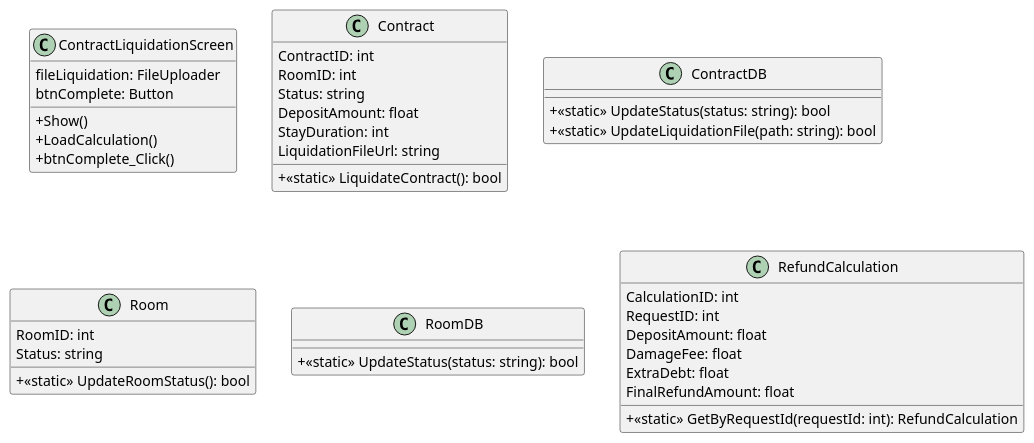
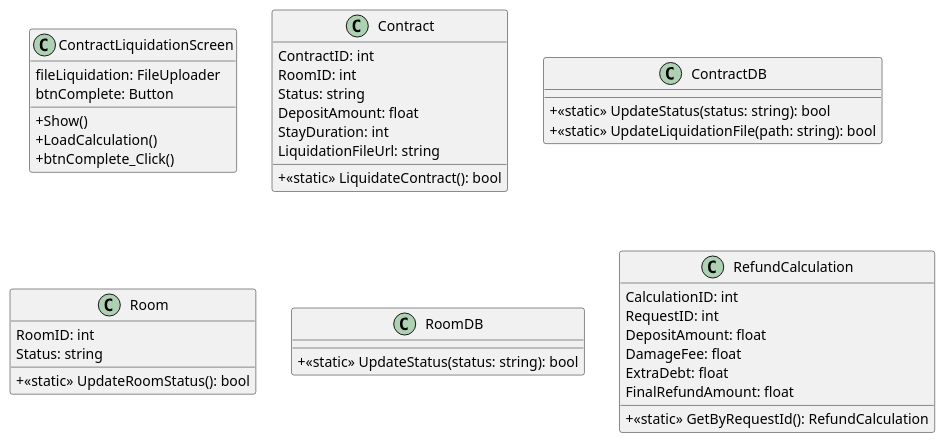
Before and after one commit to Gnourt812005/HCMUS-Analyze-and-desgin-IS: the diagram in tra_phong/class/thanh_ly_hop_dong_class.wsd, drawn with PlantUML. The commit also changed 7 other files, not shown here.

Commit message:
quangdo/tra_phong: added class and sequence diagram for quan_ly_tra_phong, reviewed some sequence diagrams

```diff
--- a/tra_phong/class/thanh_ly_hop_dong_class.wsd
+++ b/tra_phong/class/thanh_ly_hop_dong_class.wsd
@@ -1,47 +1,47 @@
 @startuml
 skinparam classAttributeIconSize 0
 
 class ContractLiquidationScreen {
   fileLiquidation: FileUploader
   btnComplete: Button
   + Show()
   + LoadCalculation()
   + btnComplete_Click()
 }
 
 class Contract {
   ContractID: int
   RoomID: int
   Status: string
   DepositAmount: float
   StayDuration: int
   LiquidationFileUrl: string
   + <<static>> LiquidateContract(): bool
 }
 
 class ContractDB {
   + <<static>> UpdateStatus(status: string): bool
   + <<static>> UpdateLiquidationFile(path: string): bool
 }
 
 class Room {
   RoomID: int
   Status: string
   + <<static>> UpdateRoomStatus(): bool
 }
 
 class RoomDB {
   + <<static>> UpdateStatus(status: string): bool
 }
 
 class RefundCalculation {
   CalculationID: int
   RequestID: int
   DepositAmount: float
   DamageFee: float
   ExtraDebt: float
   FinalRefundAmount: float
-  + <<static>> GetByRequestId(requestId: int): RefundCalculation
+  + <<static>> GetByRequestId(): RefundCalculation
 }
 
 @enduml
```
